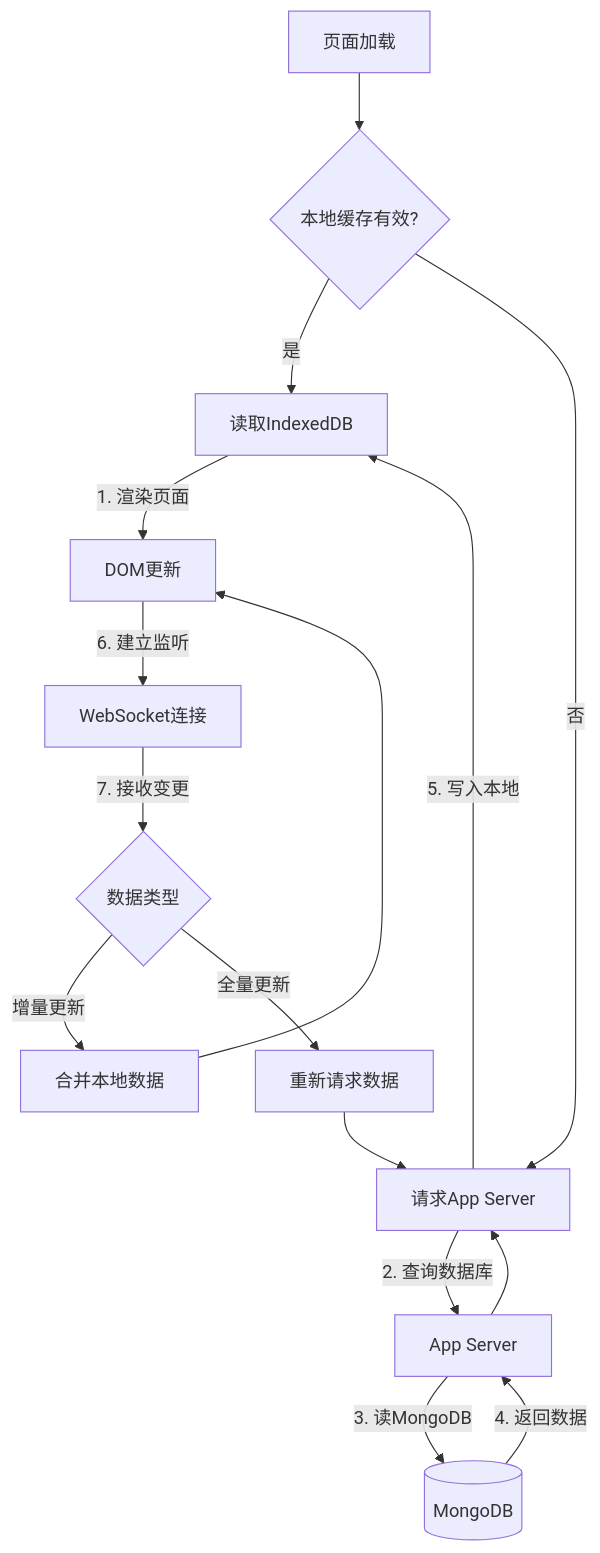
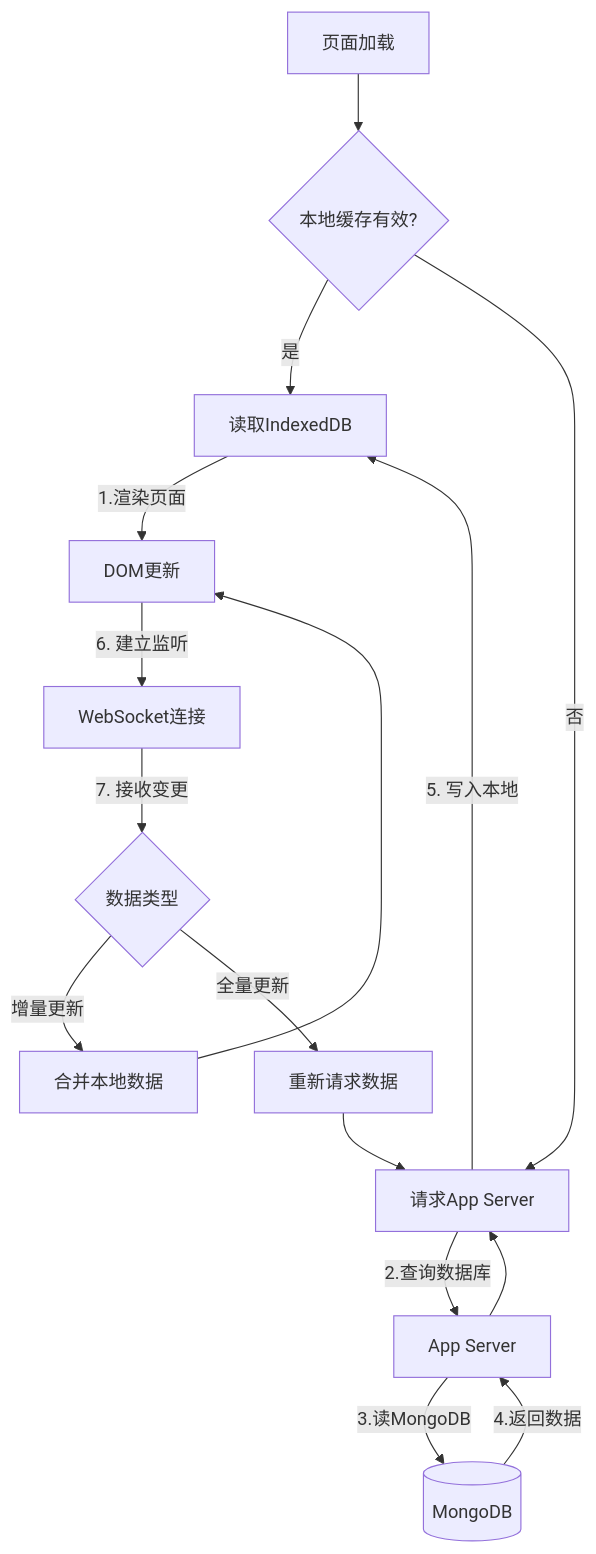
One commit to yingjianzh/iodraw-files changed the diagram in all/数据.md. Above: the diagram before and after it, drawn with Mermaid.

Commit message:
2025-02-17 14:58:38 update

````diff
--- a/all/数据.md
+++ b/all/数据.md
@@ -1,17 +1,17 @@
 ```mermaid
 graph TD
     A[页面加载] --> B{本地缓存有效?}
     B -->|是| C[读取IndexedDB]
     B -->|否| D[请求App Server]
-    C -->|1. 渲染页面| E[DOM更新]
-    D -->|2. 查询数据库| F[App Server]
-    F -->|3. 读MongoDB| G[(MongoDB)]
-    G -->|4. 返回数据| F --> D
+    C -->|1.渲染页面| E[DOM更新]
+    D -->|2.查询数据库| F[App Server]
+    F -->|3.读MongoDB| G[(MongoDB)]
+    G -->|4.返回数据| F --> D
     D -->|5. 写入本地| C
     E -->|6. 建立监听| H[WebSocket连接]
     H -->|7. 接收变更| I{数据类型}
     I -->|增量更新| J[合并本地数据]
     I -->|全量更新| K[重新请求数据]
     J --> E
     K --> D
 ```
````
